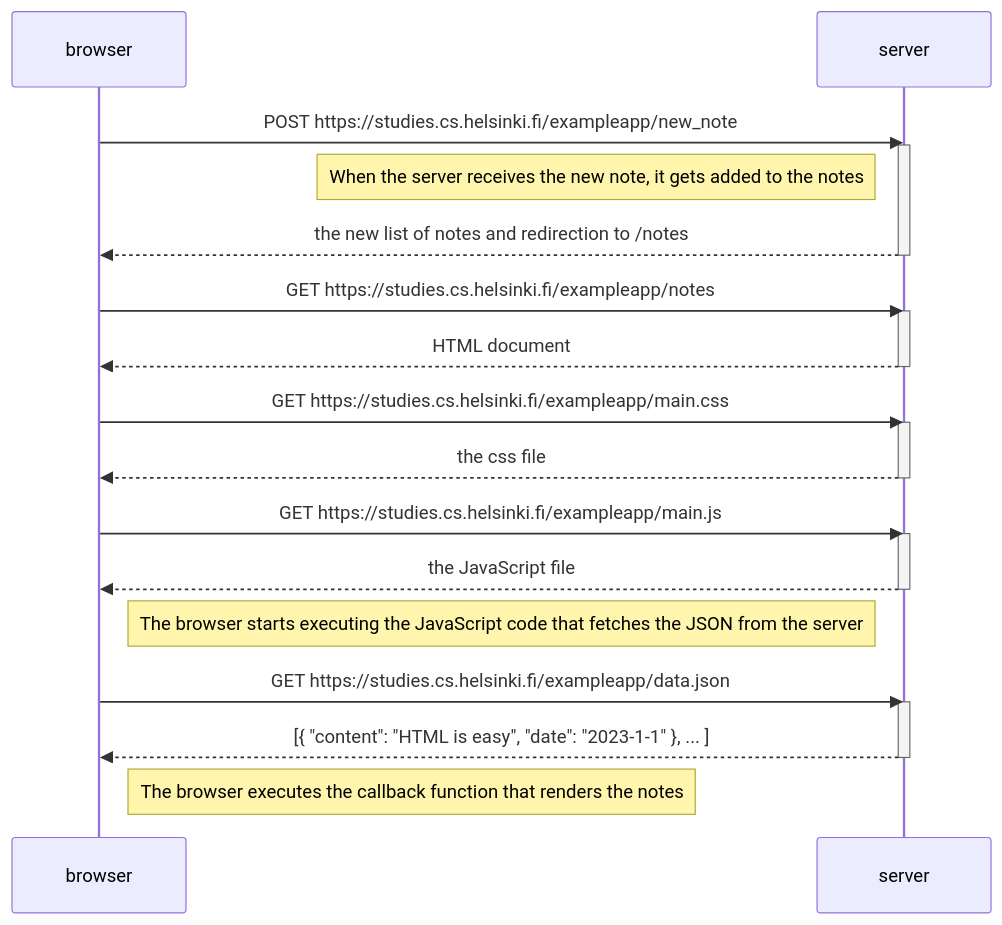
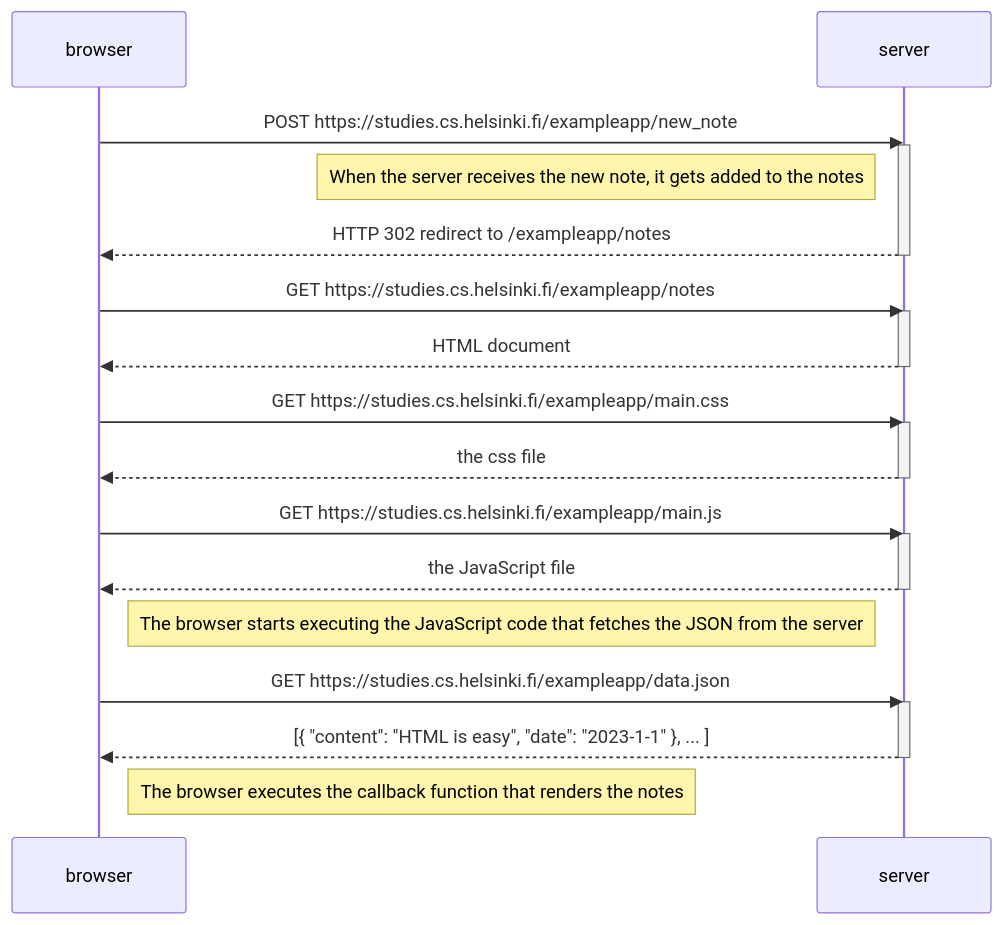
One commit to DanielChahine0/fullstackopen changed the second of 3 diagrams in part0/README.md. Above: the diagram before and after it, drawn with Mermaid. The commit also changed other lines of this file, not shown here.

````diff
--- a/part0/README.md
+++ b/part0/README.md
@@ -45,38 +47,35 @@
 ```mermaid
 sequenceDiagram
     participant browser
     participant server
-    
+
     browser->>server:POST https://studies.cs.helsinki.fi/exampleapp/new_note
     activate server
     Note left of server: When the server receives the new note, it gets added to the notes
-    server-->>browser: the new list of notes and redirection to /notes
+    server-->>browser: HTTP 302 redirect to /exampleapp/notes
     deactivate server
     
     browser->>server: GET https://studies.cs.helsinki.fi/exampleapp/notes
     activate server
     server-->>browser: HTML document
     deactivate server
 
     browser->>server: GET https://studies.cs.helsinki.fi/exampleapp/main.css
     activate server
     server-->>browser: the css file
     deactivate server
 
     browser->>server: GET https://studies.cs.helsinki.fi/exampleapp/main.js
     activate server
     server-->>browser: the JavaScript file
     deactivate server
 
     Note right of browser: The browser starts executing the JavaScript code that fetches the JSON from the server
 
     browser->>server: GET https://studies.cs.helsinki.fi/exampleapp/data.json
     activate server
     server-->>browser: [{ "content": "HTML is easy", "date": "2023-1-1" }, ... ]
     deactivate server
 
-    Note right of browser: The browser executes the callback function that renders the notes
-
-    
- 
+    Note right of browser: The browser executes the callback function that renders the notes 
 ```
````
